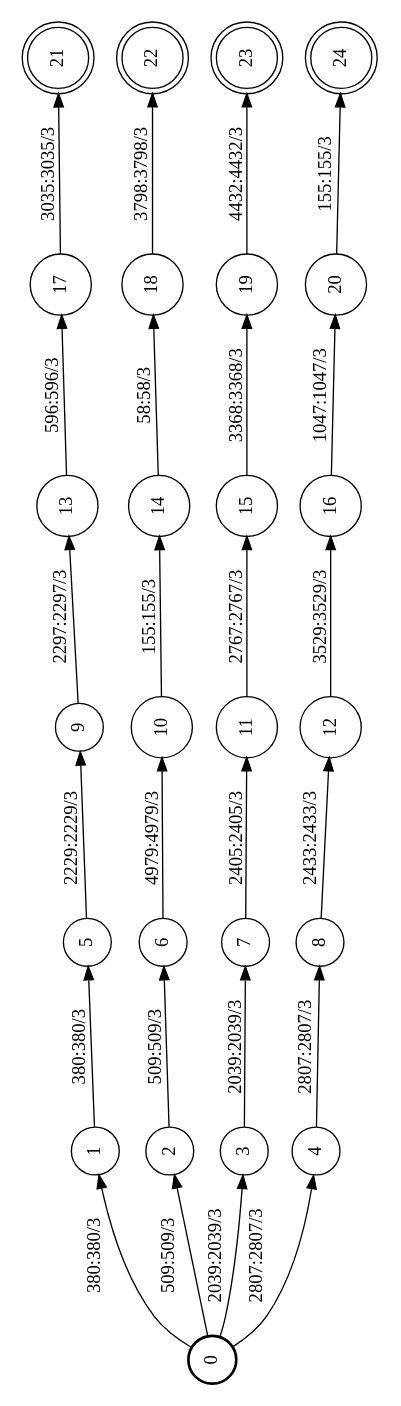
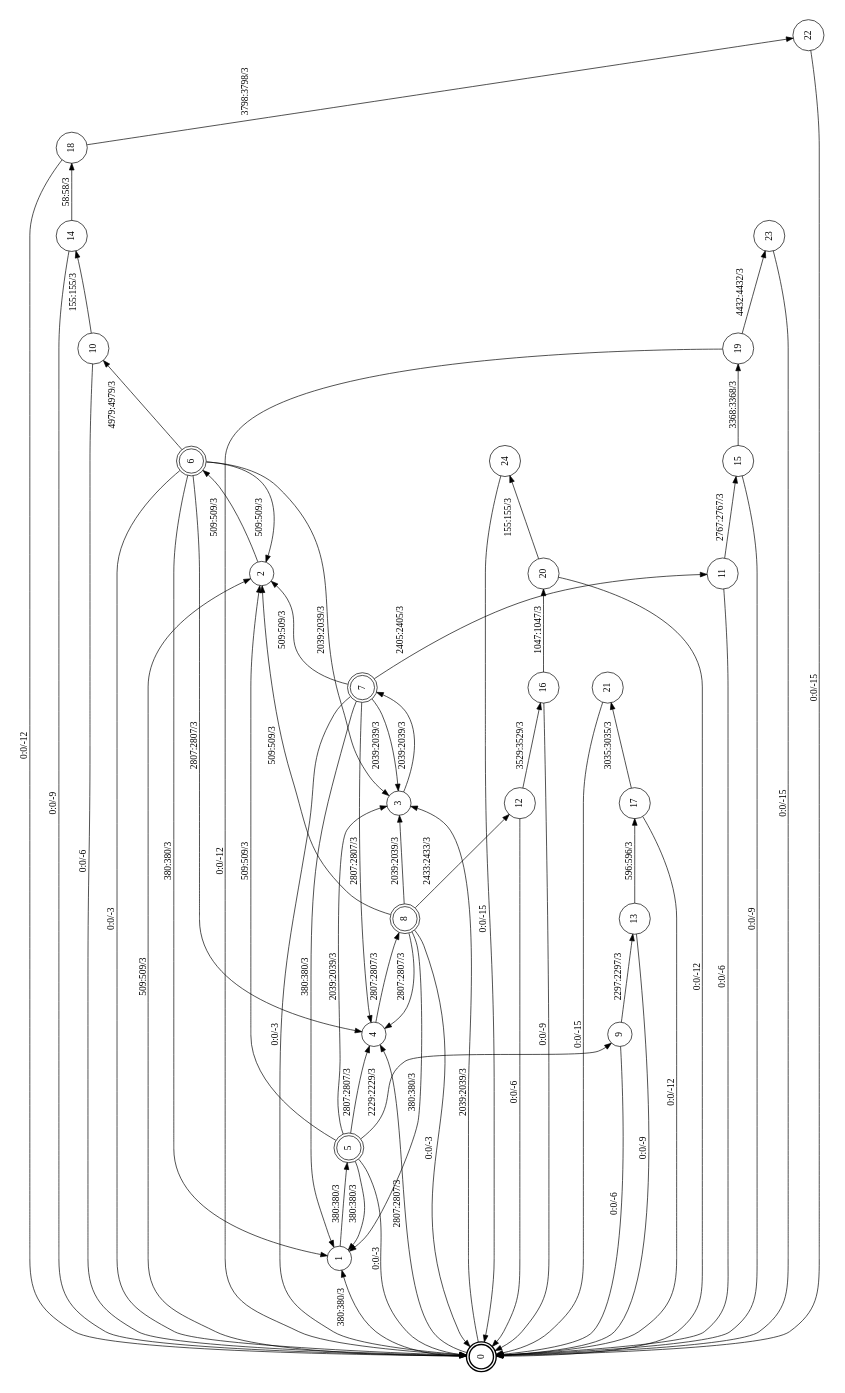
One commit to beimingcao/WFST_build changed the diagram in F_WFST.gv. Above: the diagram before and after it, drawn with Graphviz. The commit also changed 14 other files, not shown here.

```diff
--- a/F_WFST.gv
+++ b/F_WFST.gv
@@ -1,57 +1,93 @@
 digraph FST {
 rankdir = LR;
 size = "8.5,11";
 center = 1;
 orientation = Landscape;
 ranksep = "0.4";
 nodesep = "0.25";
-0 [label = "0", shape = circle, style = bold, fontsize = 14]
+0 [label = "0", shape = doublecircle, style = bold, fontsize = 14]
 	0 -> 1 [label = "380:380/3", fontsize = 14];
 	0 -> 2 [label = "509:509/3", fontsize = 14];
 	0 -> 3 [label = "2039:2039/3", fontsize = 14];
 	0 -> 4 [label = "2807:2807/3", fontsize = 14];
 1 [label = "1", shape = circle, style = solid, fontsize = 14]
 	1 -> 5 [label = "380:380/3", fontsize = 14];
 2 [label = "2", shape = circle, style = solid, fontsize = 14]
 	2 -> 6 [label = "509:509/3", fontsize = 14];
 3 [label = "3", shape = circle, style = solid, fontsize = 14]
 	3 -> 7 [label = "2039:2039/3", fontsize = 14];
 4 [label = "4", shape = circle, style = solid, fontsize = 14]
 	4 -> 8 [label = "2807:2807/3", fontsize = 14];
-5 [label = "5", shape = circle, style = solid, fontsize = 14]
+5 [label = "5", shape = doublecircle, style = solid, fontsize = 14]
+	5 -> 0 [label = "0:0/-3", fontsize = 14];
+	5 -> 1 [label = "380:380/3", fontsize = 14];
+	5 -> 2 [label = "509:509/3", fontsize = 14];
+	5 -> 3 [label = "2039:2039/3", fontsize = 14];
 	5 -> 9 [label = "2229:2229/3", fontsize = 14];
-6 [label = "6", shape = circle, style = solid, fontsize = 14]
+	5 -> 4 [label = "2807:2807/3", fontsize = 14];
+6 [label = "6", shape = doublecircle, style = solid, fontsize = 14]
+	6 -> 0 [label = "0:0/-3", fontsize = 14];
+	6 -> 1 [label = "380:380/3", fontsize = 14];
+	6 -> 2 [label = "509:509/3", fontsize = 14];
+	6 -> 3 [label = "2039:2039/3", fontsize = 14];
+	6 -> 4 [label = "2807:2807/3", fontsize = 14];
 	6 -> 10 [label = "4979:4979/3", fontsize = 14];
-7 [label = "7", shape = circle, style = solid, fontsize = 14]
+7 [label = "7", shape = doublecircle, style = solid, fontsize = 14]
+	7 -> 0 [label = "0:0/-3", fontsize = 14];
+	7 -> 1 [label = "380:380/3", fontsize = 14];
+	7 -> 2 [label = "509:509/3", fontsize = 14];
+	7 -> 3 [label = "2039:2039/3", fontsize = 14];
 	7 -> 11 [label = "2405:2405/3", fontsize = 14];
-8 [label = "8", shape = circle, style = solid, fontsize = 14]
+	7 -> 4 [label = "2807:2807/3", fontsize = 14];
+8 [label = "8", shape = doublecircle, style = solid, fontsize = 14]
+	8 -> 0 [label = "0:0/-3", fontsize = 14];
+	8 -> 1 [label = "380:380/3", fontsize = 14];
+	8 -> 2 [label = "509:509/3", fontsize = 14];
+	8 -> 3 [label = "2039:2039/3", fontsize = 14];
 	8 -> 12 [label = "2433:2433/3", fontsize = 14];
+	8 -> 4 [label = "2807:2807/3", fontsize = 14];
 9 [label = "9", shape = circle, style = solid, fontsize = 14]
+	9 -> 0 [label = "0:0/-6", fontsize = 14];
 	9 -> 13 [label = "2297:2297/3", fontsize = 14];
 10 [label = "10", shape = circle, style = solid, fontsize = 14]
+	10 -> 0 [label = "0:0/-6", fontsize = 14];
 	10 -> 14 [label = "155:155/3", fontsize = 14];
 11 [label = "11", shape = circle, style = solid, fontsize = 14]
+	11 -> 0 [label = "0:0/-6", fontsize = 14];
 	11 -> 15 [label = "2767:2767/3", fontsize = 14];
 12 [label = "12", shape = circle, style = solid, fontsize = 14]
+	12 -> 0 [label = "0:0/-6", fontsize = 14];
 	12 -> 16 [label = "3529:3529/3", fontsize = 14];
 13 [label = "13", shape = circle, style = solid, fontsize = 14]
+	13 -> 0 [label = "0:0/-9", fontsize = 14];
 	13 -> 17 [label = "596:596/3", fontsize = 14];
 14 [label = "14", shape = circle, style = solid, fontsize = 14]
+	14 -> 0 [label = "0:0/-9", fontsize = 14];
 	14 -> 18 [label = "58:58/3", fontsize = 14];
 15 [label = "15", shape = circle, style = solid, fontsize = 14]
+	15 -> 0 [label = "0:0/-9", fontsize = 14];
 	15 -> 19 [label = "3368:3368/3", fontsize = 14];
 16 [label = "16", shape = circle, style = solid, fontsize = 14]
+	16 -> 0 [label = "0:0/-9", fontsize = 14];
 	16 -> 20 [label = "1047:1047/3", fontsize = 14];
 17 [label = "17", shape = circle, style = solid, fontsize = 14]
+	17 -> 0 [label = "0:0/-12", fontsize = 14];
 	17 -> 21 [label = "3035:3035/3", fontsize = 14];
 18 [label = "18", shape = circle, style = solid, fontsize = 14]
+	18 -> 0 [label = "0:0/-12", fontsize = 14];
 	18 -> 22 [label = "3798:3798/3", fontsize = 14];
 19 [label = "19", shape = circle, style = solid, fontsize = 14]
+	19 -> 0 [label = "0:0/-12", fontsize = 14];
 	19 -> 23 [label = "4432:4432/3", fontsize = 14];
 20 [label = "20", shape = circle, style = solid, fontsize = 14]
+	20 -> 0 [label = "0:0/-12", fontsize = 14];
 	20 -> 24 [label = "155:155/3", fontsize = 14];
-21 [label = "21", shape = doublecircle, style = solid, fontsize = 14]
-22 [label = "22", shape = doublecircle, style = solid, fontsize = 14]
-23 [label = "23", shape = doublecircle, style = solid, fontsize = 14]
-24 [label = "24", shape = doublecircle, style = solid, fontsize = 14]
+21 [label = "21", shape = circle, style = solid, fontsize = 14]
+	21 -> 0 [label = "0:0/-15", fontsize = 14];
+22 [label = "22", shape = circle, style = solid, fontsize = 14]
+	22 -> 0 [label = "0:0/-15", fontsize = 14];
+23 [label = "23", shape = circle, style = solid, fontsize = 14]
+	23 -> 0 [label = "0:0/-15", fontsize = 14];
+24 [label = "24", shape = circle, style = solid, fontsize = 14]
+	24 -> 0 [label = "0:0/-15", fontsize = 14];
 }
```
